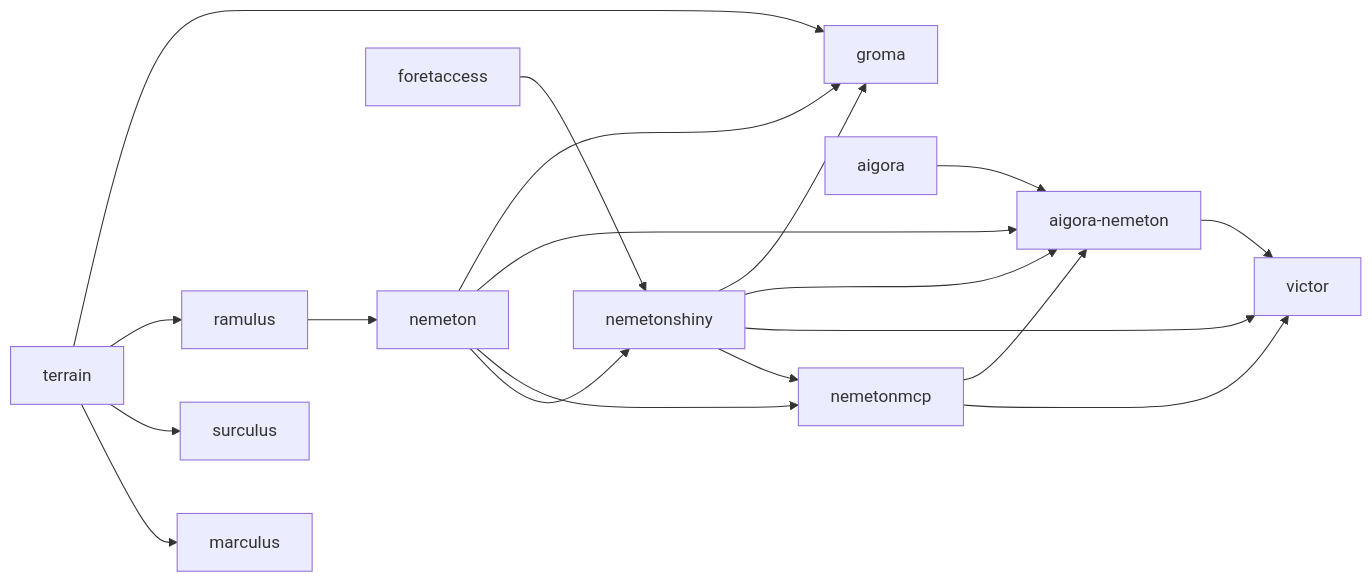
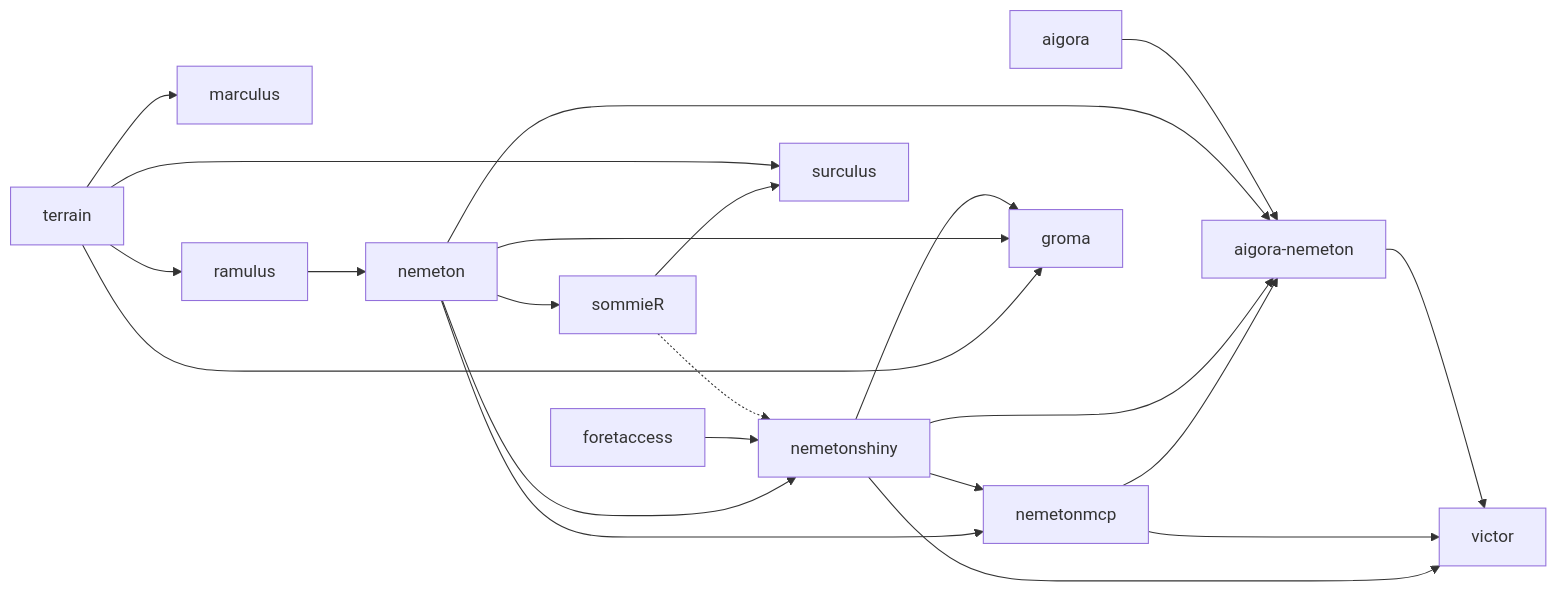
One commit to pobsteta/nemetonplateform changed the diagram in docs/carte-dependances.md. Above: the diagram before and after it, drawn with Mermaid. The commit also changed other lines of this file and 4 other files, not shown here.

````diff
--- a/docs/carte-dependances.md
+++ b/docs/carte-dependances.md
@@ -47,21 +48,24 @@
 ```mermaid
 flowchart LR
   nemeton --> nemetonshiny
   foretaccess --> nemetonshiny
   nemeton --> nemetonmcp
   nemetonshiny --> nemetonmcp
   nemetonshiny --> victor
   nemetonmcp --> victor
+  nemeton --> sommieR
+  sommieR --> surculus
+  sommieR -.-> nemetonshiny
   aigora_nemeton --> victor
   nemetonmcp --> aigora_nemeton[aigora-nemeton]
   nemetonshiny --> aigora_nemeton
   nemeton --> aigora_nemeton
   aigora --> aigora_nemeton
   terrain --> marculus
   terrain --> surculus
   terrain --> ramulus
   terrain --> groma
   ramulus --> nemeton
   nemeton --> groma
   nemetonshiny --> groma
 ```
````
